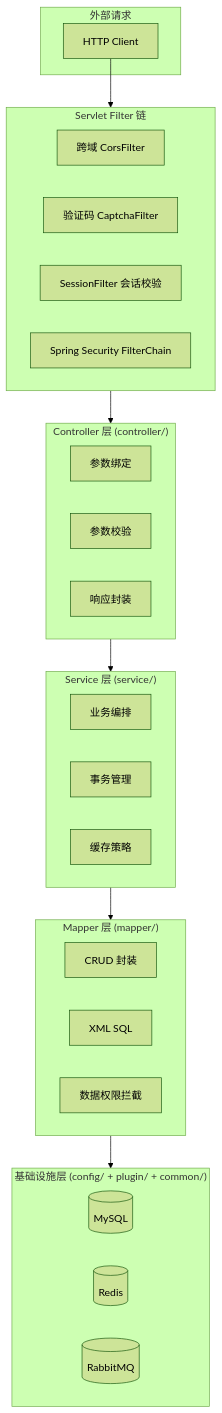
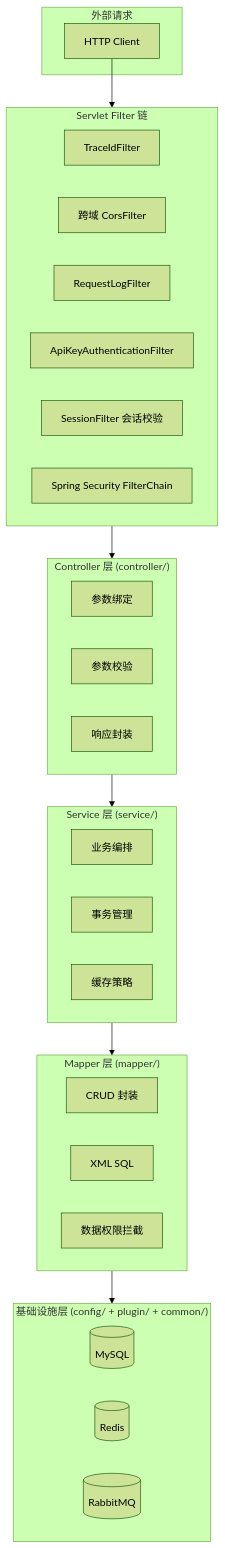
The first of 8 diagrams in dehaze-doc/docs/04-项目实现/后端/01-Java架构文档.md (earthy-zinc/dehaze-system), drawn with Mermaid (forest theme) before and after one commit. The commit also changed other lines of this file and 24 other files, not shown here.

First line of the commit message:
docs: add and update multiple architecture documents

````diff
--- a/dehaze-doc/docs/04-项目实现/后端/01-Java架构文档.md
+++ b/dehaze-doc/docs/04-项目实现/后端/01-Java架构文档.md
@@ -9,44 +9,46 @@
 ```mermaid
 flowchart TB
     subgraph External["外部请求"]
         Client["HTTP Client"]
     end
 
     subgraph FilterChain["Servlet Filter 链"]
         direction LR
+        Trace["TraceIdFilter"]
         CORS["跨域 CorsFilter"]
-        Captcha["验证码 CaptchaFilter"]
+        Log["RequestLogFilter"]
+        ApiKey["ApiKeyAuthenticationFilter"]
         Session["SessionFilter 会话校验"]
         SecurityChain["Spring Security FilterChain"]
     end
 
     subgraph Controller["Controller 层 (controller/)"]
         direction LR
         C1["参数绑定"]
         C2["参数校验"]
         C3["响应封装"]
     end
 
     subgraph Service["Service 层 (service/)"]
         direction LR
         S1["业务编排"]
         S2["事务管理"]
         S3["缓存策略"]
     end
 
     subgraph Mapper["Mapper 层 (mapper/)"]
         direction LR
         M1["CRUD 封装"]
         M2["XML SQL"]
         M3["数据权限拦截"]
     end
 
     subgraph Infrastructure["基础设施层 (config/ + plugin/ + common/)"]
         direction LR
         DB[("MySQL")]
         Cache[("Redis")]
         MQ[("RabbitMQ")]
     end
 
     Client --> FilterChain --> Controller --> Service --> Mapper --> Infrastructure
 ```
````
